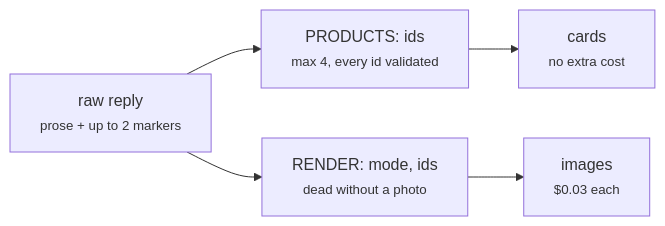
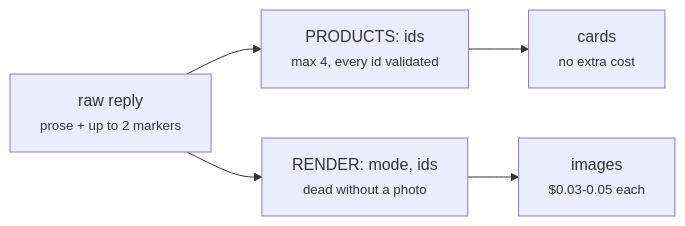
The second of 2 diagrams in GUIDE.md (dhananjays-droid/comfortel), drawn with Mermaid before and after one commit. The commit also changed other lines of this file and 3 other files, not shown here.

````diff
--- a/GUIDE.md
+++ b/GUIDE.md
@@ -110,7 +110,7 @@
 ```mermaid
 flowchart LR
     A["raw reply<br/><small>prose + up to 2 markers</small>"] --> M1["PRODUCTS: ids<br/><small>max 4, every id validated</small>"]
     A --> M2["RENDER: mode, ids<br/><small>dead without a photo</small>"]
     M1 --> C["cards<br/><small>no extra cost</small>"]
-    M2 --> R["images<br/><small>$0.03 each</small>"]
+    M2 --> R["images<br/><small>$0.03-0.05 each</small>"]
 ```
````
